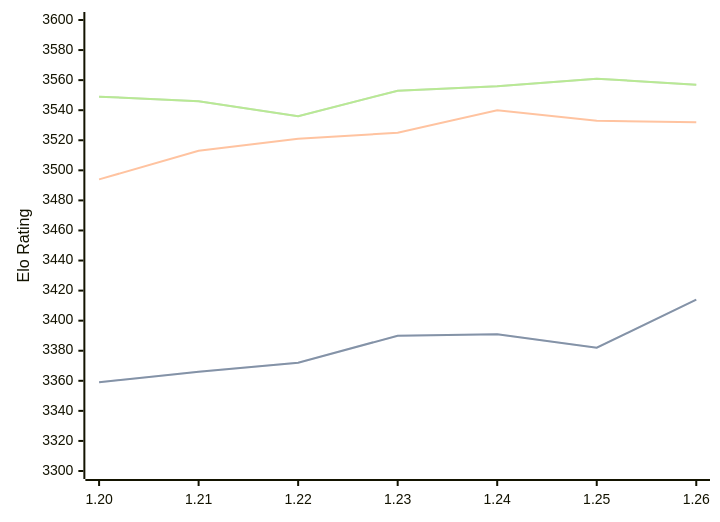
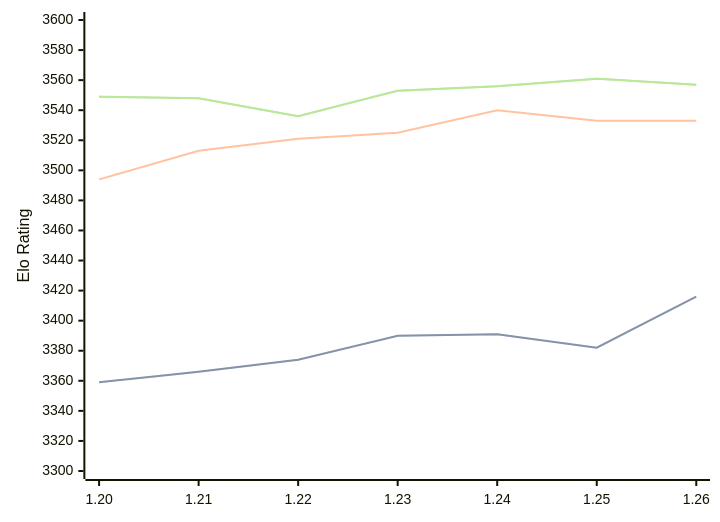
Before and after one commit to computer-chess-index/cci: the diagram in engines/Caissa.md, drawn with Mermaid. The commit also changed other lines of this file, not shown here.

Commit message:
Update CCI Ratings (ELO VLTC) - 2026-09-06

````diff
--- a/engines/Caissa.md
+++ b/engines/Caissa.md
@@ -37,11 +37,11 @@
 ```mermaid
 %%{init: {"theme":"base","themeVariables":{"seriesColors:['#a3a3a3','#222221','#faa371']}}}%%
 xychart-beta
   x-axis ["1.20", "1.21", "1.22", "1.23", "1.24", "1.25", "1.26"]
   y-axis "Elo Rating" 3300 --> 3600
-  line "" [3359, 3366, 3372, 3390, 3391, 3382, 3414]
-  line "STC (8.0+0.08s)" [3359, 3366, 3372, 3390, 3391, 3382, 3414]
-  line "LTC (60.0+0.60s)" [3494, 3513, 3521, 3525, 3540, 3533, 3532]
-  line "" [3549, 3546, 3536, 3553, 3556, 3561, 3557]
-  line "VLTC (2m24s+1.12s)" [3549, 3546, 3536, 3553, 3556, 3561, 3557]
+  line "" [3359, 3366, 3374, 3390, 3391, 3382, 3416]
+  line "STC (8.0+0.08s)" [3359, 3366, 3374, 3390, 3391, 3382, 3416]
+  line "LTC (60.0+0.60s)" [3494, 3513, 3521, 3525, 3540, 3533, 3533]
+  line "" [3549, 3548, 3536, 3553, 3556, 3561, 3557]
+  line "VLTC (2m24s+1.12s)" [3549, 3548, 3536, 3553, 3556, 3561, 3557]
 ```
````
